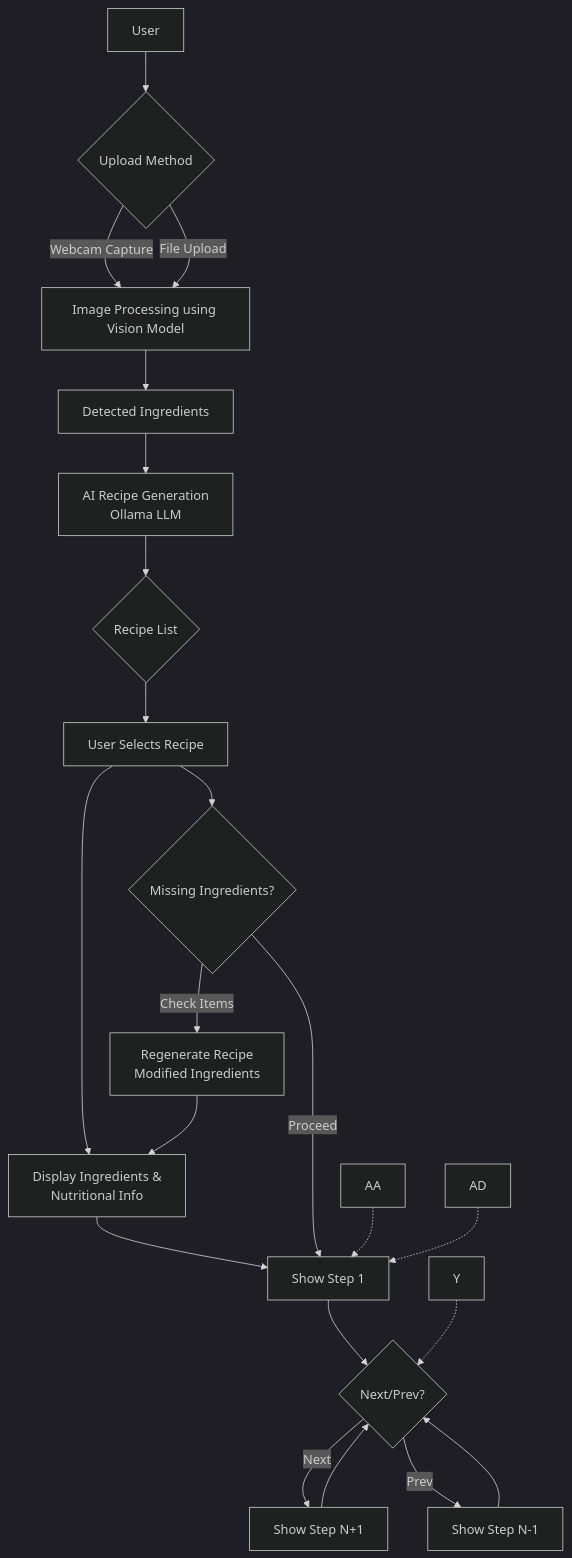
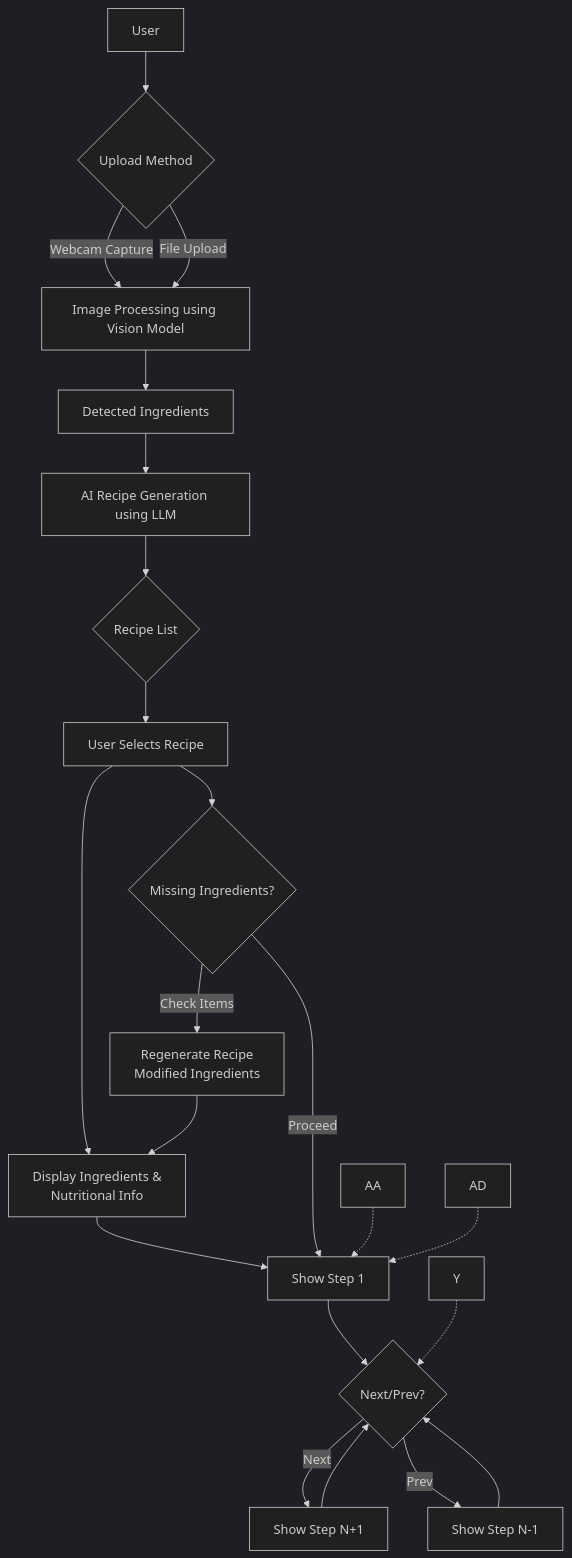
The diagram in README.md (Feininon/Detect-N-Dine), drawn with Mermaid (dark theme) before and after one commit.

Commit message:
Update ff README.md

````diff
--- a/README.md
+++ b/README.md
@@ -201,28 +201,27 @@
 ```mermaid
 flowchart TD
     A[User] --> B{Upload Method}
     B -->|Webcam Capture| D[Image Processing using Vision Model]
     B -->|File Upload| D
     D --> E[Detected Ingredients]
-    E --> F[AI Recipe Generation
-Ollama LLM]
+    E --> F[AI Recipe Generation using LLM]
     F --> G{Recipe List}
     G --> H[User Selects Recipe]
     H --> I[Display Ingredients &
  Nutritional Info]
     I --> J[Show Step 1]
     J --> K{Next/Prev?}
     K -->|Next| L[Show Step N+1]
     K -->|Prev| M[Show Step N-1]
     L --> K
     M --> K
     H --> N{Missing Ingredients?}
     N -->|Check Items| O[Regenerate Recipe
  Modified Ingredients]
     O --> I
     N -->|Proceed| J    
     Y -.-> K
     AA -.-> J
     AD -.-> J
 
 ```
````
